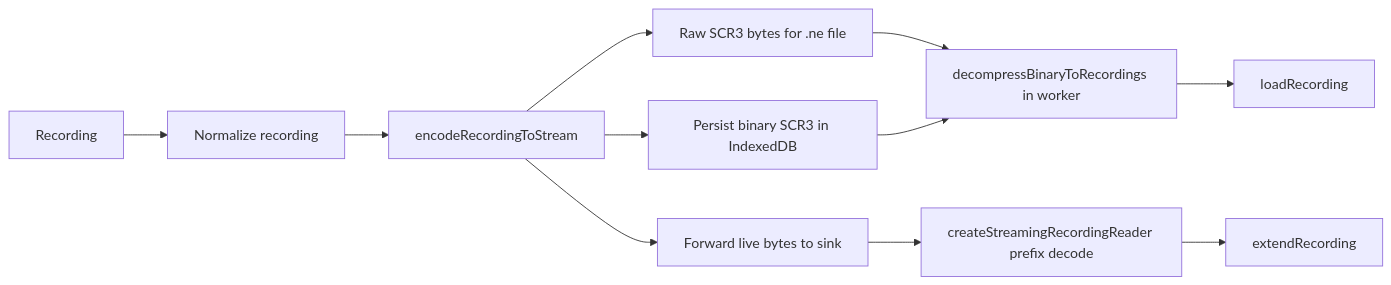
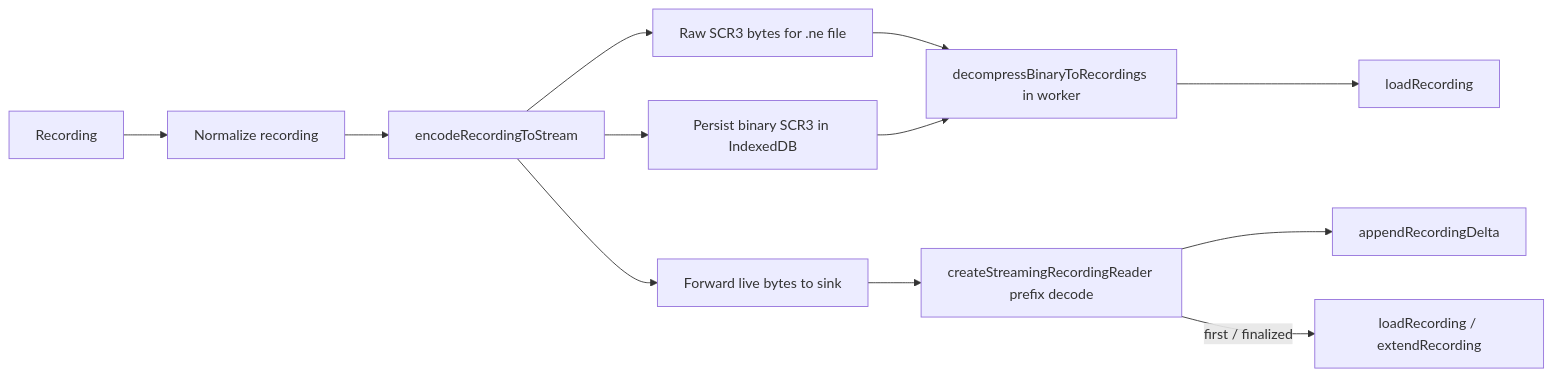
One commit to channyeintun/next-editor changed the fourth of 6 diagrams in docs/data-flow.md. Above: the diagram before and after it, drawn with Mermaid. The commit also changed other lines of this file and 15 other files, not shown here.

Commit message:
perf(playback): append streamed recording deltas

````diff
--- a/docs/data-flow.md
+++ b/docs/data-flow.md
@@ -132,13 +132,14 @@
 ```mermaid
 flowchart LR
     Recording --> Normalize[Normalize recording]
     Normalize --> Encode[encodeRecordingToStream]
     Encode --> NeFile[Raw SCR3 bytes for .ne file]
     Encode --> IndexedDB[Persist binary SCR3 in IndexedDB]
     Encode --> Live[Forward live bytes to sink]
     NeFile --> Decode[decompressBinaryToRecordings in worker]
     IndexedDB --> Decode
     Live --> PrefixDecode[createStreamingRecordingReader prefix decode]
     Decode --> Load[loadRecording]
-    PrefixDecode --> Extend[extendRecording]
+    PrefixDecode --> Append[appendRecordingDelta]
+    PrefixDecode -->|first / finalized| Extend[loadRecording / extendRecording]
 ```
````
